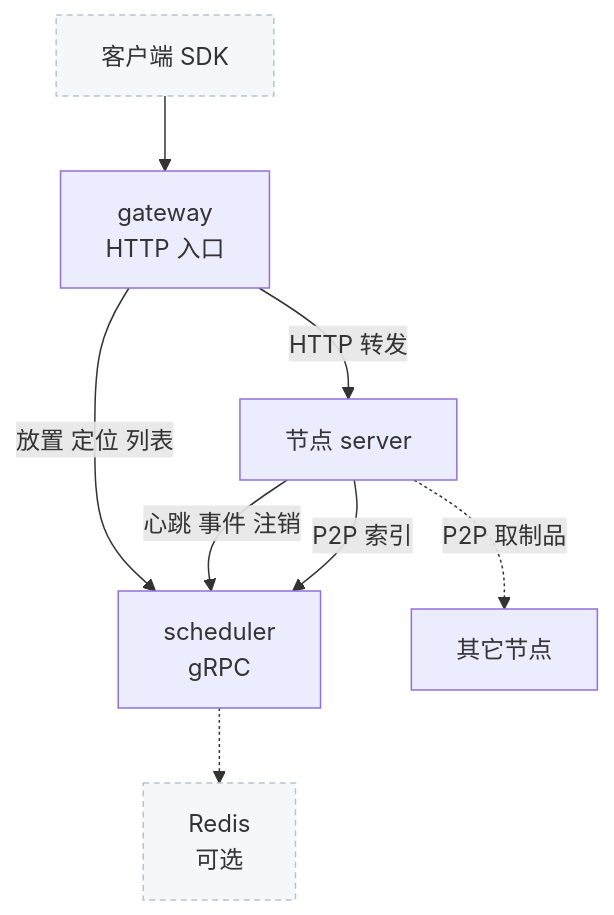
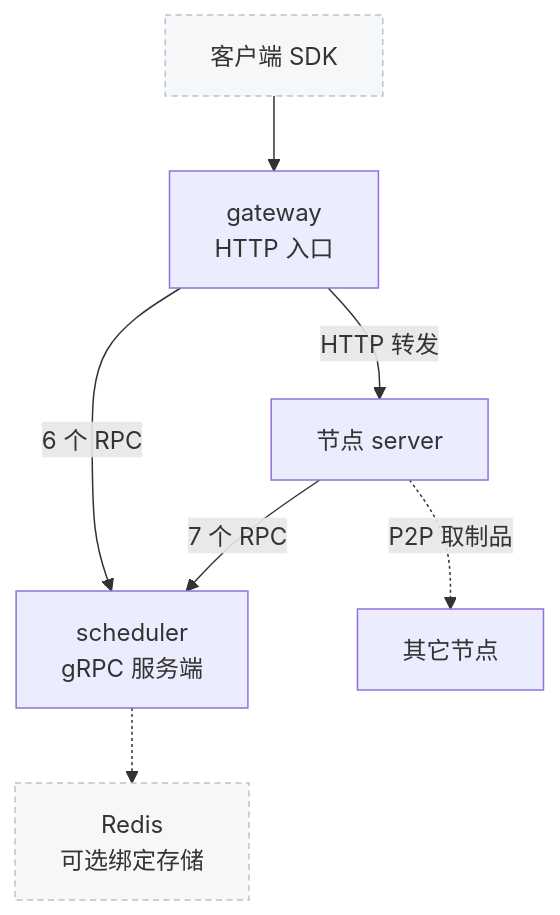
The diagram in agentenv/54-control-plane-overview.md (AustinJiangg/ai-books), drawn with Mermaid before and after one commit. The commit also changed other lines of this file and 10 other files, not shown here.

````diff
--- a/agentenv/54-control-plane-overview.md
+++ b/agentenv/54-control-plane-overview.md
@@ -47,11 +47,10 @@
 ```mermaid
 flowchart TB
     CL["客户端 SDK"]:::ext --> GW["gateway<br/>HTTP 入口"]
-    GW -->|"放置 定位 列表"| SC["scheduler<br/>gRPC"]
+    GW -->|"6 个 RPC"| SC["scheduler<br/>gRPC 服务端"]
     GW -->|"HTTP 转发"| ND["节点 server"]
-    ND -->|"心跳 事件 注销"| SC
-    ND -->|"P2P 索引"| SC
-    SC -.-> RD["Redis<br/>可选"]:::ext
+    ND -->|"7 个 RPC"| SC
+    SC -.-> RD["Redis<br/>可选绑定存储"]:::ext
     ND -.->|"P2P 取制品"| PEER["其它节点"]
     classDef ext fill:#f6f7f9,stroke:#b8c2cf,stroke-dasharray:4 3
 ```
````
